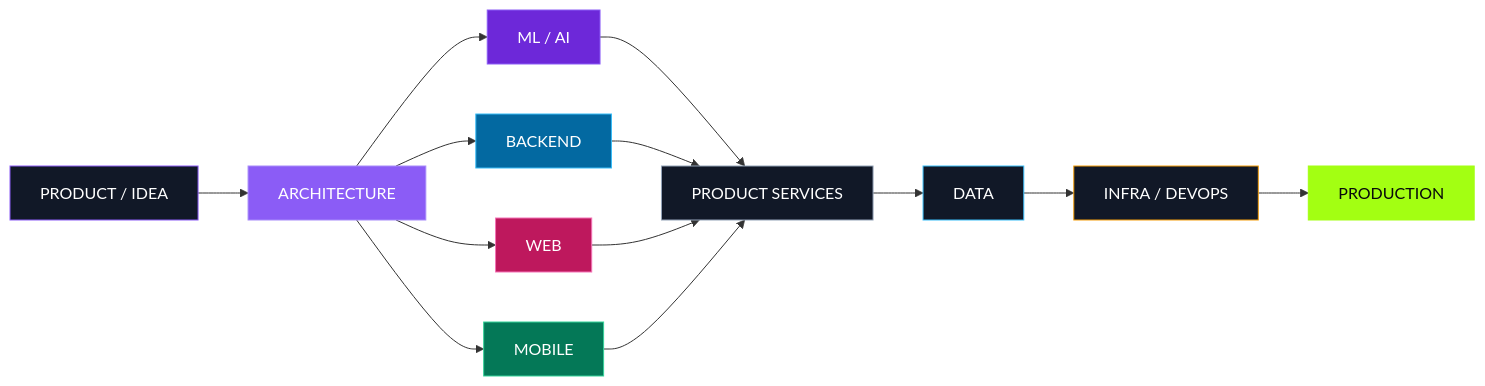
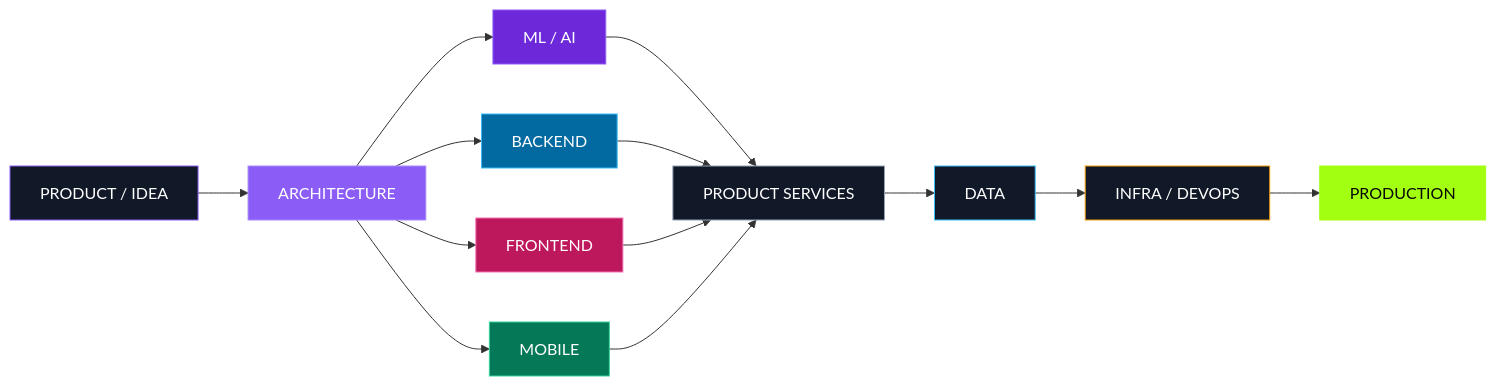
Before and after one commit to BitsOfDanya/BitsOfDanya: the diagram in README.md, drawn with Mermaid. The commit also changed other lines of this file, not shown here.

````diff
--- a/README.md
+++ b/README.md
@@ -263,29 +320,29 @@
 ```mermaid
 flowchart LR
-    IDEA["PRODUCT / IDEA"] --> CORE["ARCHITECTURE"]
+    IDEA["PRODUCT / IDEA"] --> ARCH["ARCHITECTURE"]
 
-    CORE --> ML["ML / AI"]
-    CORE --> BE["BACKEND"]
-    CORE --> WEB["WEB"]
-    CORE --> MOBILE["MOBILE"]
+    ARCH --> ML["ML / AI"]
+    ARCH --> BE["BACKEND"]
+    ARCH --> WEB["FRONTEND"]
+    ARCH --> MOB["MOBILE"]
 
-    ML --> SERVICES["PRODUCT SERVICES"]
-    BE --> SERVICES
-    WEB --> SERVICES
-    MOBILE --> SERVICES
+    ML --> CORE["PRODUCT SERVICES"]
+    BE --> CORE
+    WEB --> CORE
+    MOB --> CORE
 
-    SERVICES --> DATA["DATA"]
+    CORE --> DATA["DATA"]
     DATA --> INFRA["INFRA / DEVOPS"]
     INFRA --> PROD["PRODUCTION"]
 
     style IDEA fill:#111827,color:#ffffff,stroke:#8B5CF6
-    style CORE fill:#8B5CF6,color:#ffffff,stroke:#A78BFA
+    style ARCH fill:#8B5CF6,color:#ffffff,stroke:#A78BFA
     style ML fill:#6D28D9,color:#ffffff,stroke:#8B5CF6
     style BE fill:#0369A1,color:#ffffff,stroke:#38BDF8
     style WEB fill:#BE185D,color:#ffffff,stroke:#F472B6
-    style MOBILE fill:#047857,color:#ffffff,stroke:#34D399
-    style SERVICES fill:#111827,color:#ffffff,stroke:#94A3B8
+    style MOB fill:#047857,color:#ffffff,stroke:#34D399
+    style CORE fill:#111827,color:#ffffff,stroke:#94A3B8
     style DATA fill:#111827,color:#ffffff,stroke:#38BDF8
     style INFRA fill:#111827,color:#ffffff,stroke:#F59E0B
     style PROD fill:#A3FF12,color:#08090B,stroke:#A3FF12
 ```
````
